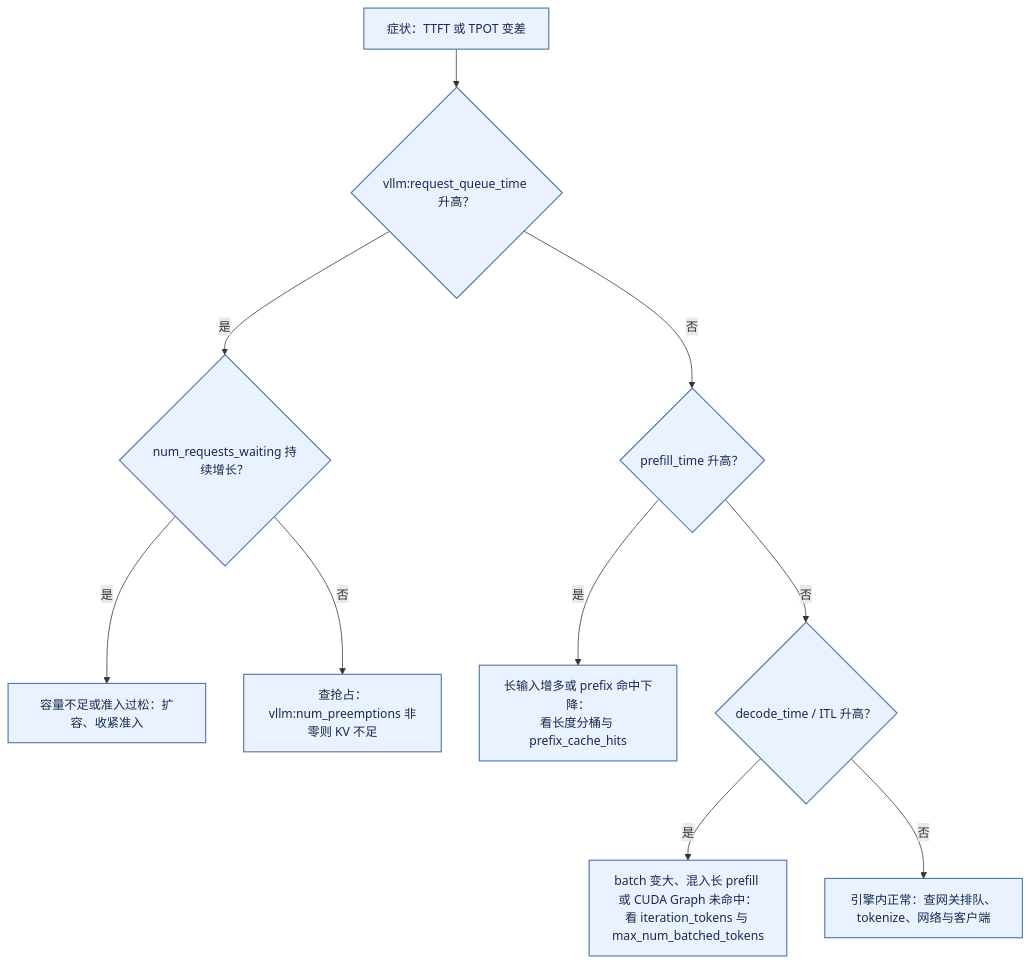
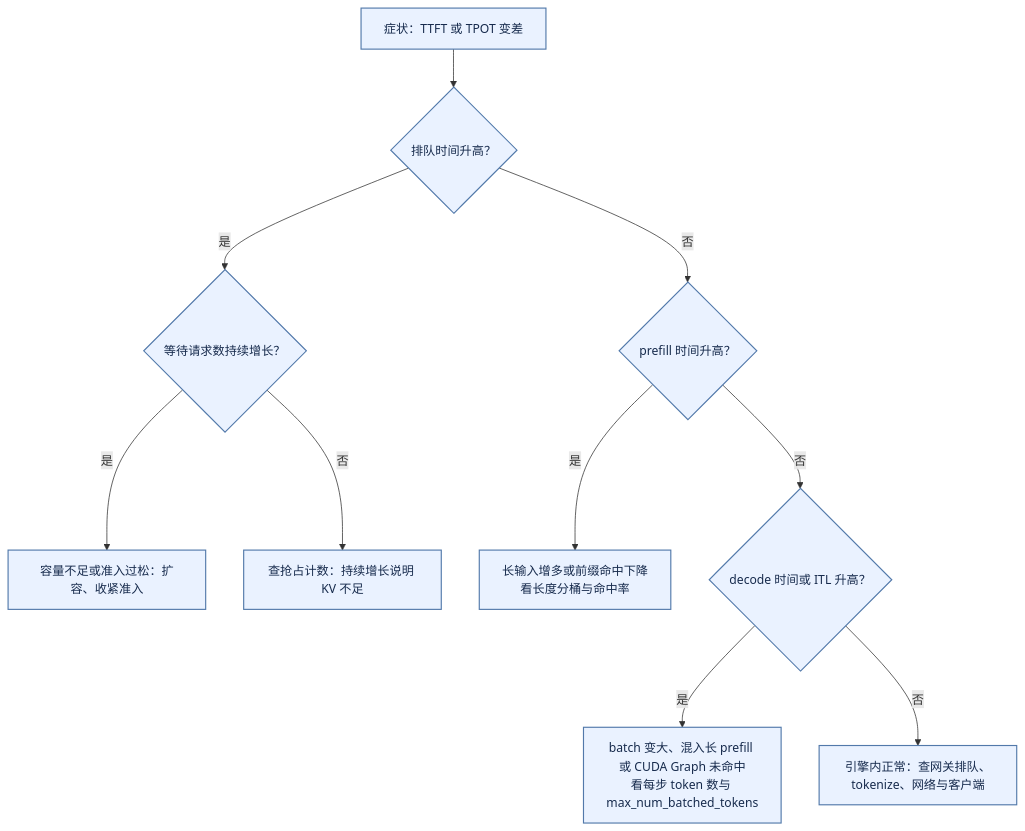
Before and after one commit to wxquare/wxquare.github.io: diagram 15 of 18 in books/ai-book/src/part2/03-inference.md, drawn with Mermaid. The commit also changed other lines of this file and 4 other files, not shown here.

````diff
--- a/books/ai-book/src/part2/03-inference.md
+++ b/books/ai-book/src/part2/03-inference.md
@@ -1818,13 +793,13 @@
 ```mermaid
 flowchart TD
-    S["症状：TTFT 或 TPOT 变差"] --> Q{"vllm:request_queue_time 升高？"}
-    Q -- 是 --> Q1{"num_requests_waiting 持续增长？"}
+    S["症状：TTFT 或 TPOT 变差"] --> Q{"排队时间升高？"}
+    Q -- 是 --> Q1{"等待请求数持续增长？"}
     Q1 -- 是 --> Q2["容量不足或准入过松：扩容、收紧准入"]
-    Q1 -- 否 --> Q3["查抢占：vllm:num_preemptions 非零则 KV 不足"]
-    Q -- 否 --> P{"prefill_time 升高？"}
-    P -- 是 --> P1["长输入增多或 prefix 命中下降：<br/>看长度分桶与 prefix_cache_hits"]
-    P -- 否 --> D{"decode_time / ITL 升高？"}
-    D -- 是 --> D1["batch 变大、混入长 prefill 或 CUDA Graph 未命中：<br/>看 iteration_tokens 与 max_num_batched_tokens"]
+    Q1 -- 否 --> Q3["查抢占计数：持续增长说明 KV 不足"]
+    Q -- 否 --> P{"prefill 时间升高？"}
+    P -- 是 --> P1["长输入增多或前缀命中下降<br/>看长度分桶与命中率"]
+    P -- 否 --> D{"decode 时间或 ITL 升高？"}
+    D -- 是 --> D1["batch 变大、混入长 prefill 或 CUDA Graph 未命中<br/>看每步 token 数与 max_num_batched_tokens"]
     D -- 否 --> N["引擎内正常：查网关排队、tokenize、网络与客户端"]
     classDef default fill:#eaf2ff,stroke:#5279aa,stroke-width:1.5px,color:#172b4d;
 ```
````
